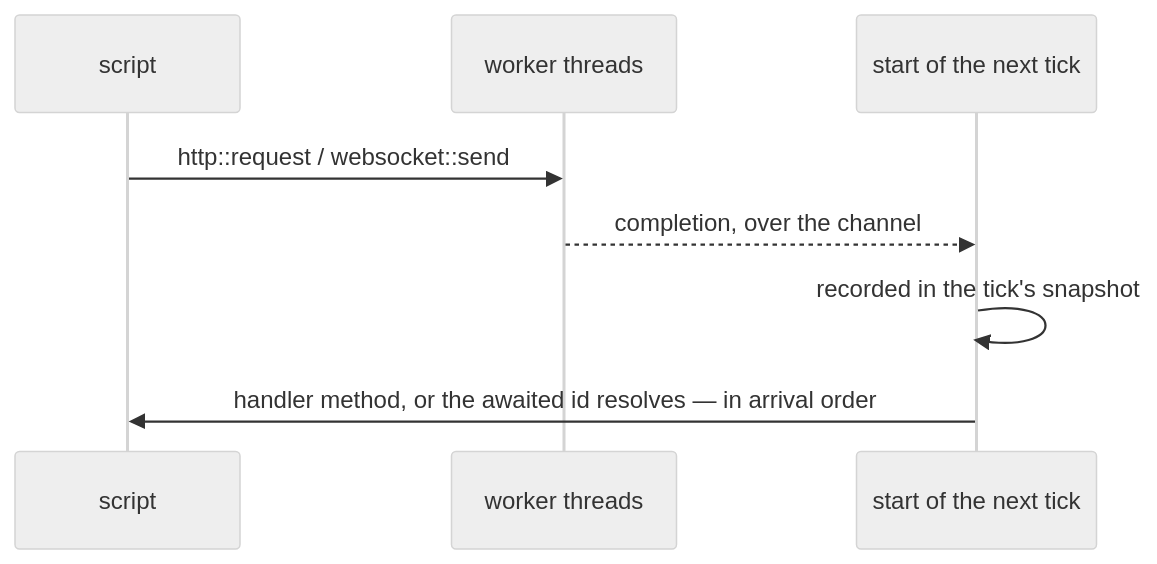
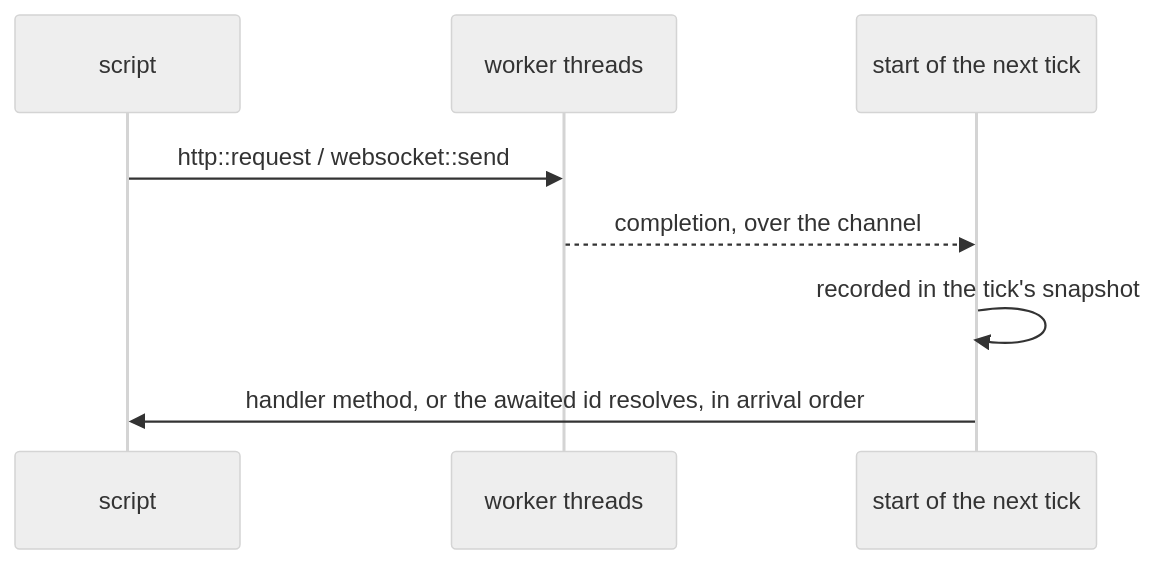
Before and after one commit to balaurengine/balaur-website: the diagram in docs/manual/networking.mdx, drawn with Mermaid (neutral theme). The commit also changed other lines of this file and 66 other files, not shown here.

````diff
--- a/docs/manual/networking.mdx
+++ b/docs/manual/networking.mdx
@@ -31,10 +31,10 @@
 ```mermaid
 sequenceDiagram
   participant S as script
   participant W as worker threads
   participant T as start of the next tick
   S->>W: http::request / websocket::send
   W-->>T: completion, over the channel
   T->>T: recorded in the tick's snapshot
-  T->>S: handler method, or the awaited id resolves — in arrival order
+  T->>S: handler method, or the awaited id resolves, in arrival order
 ```
````
